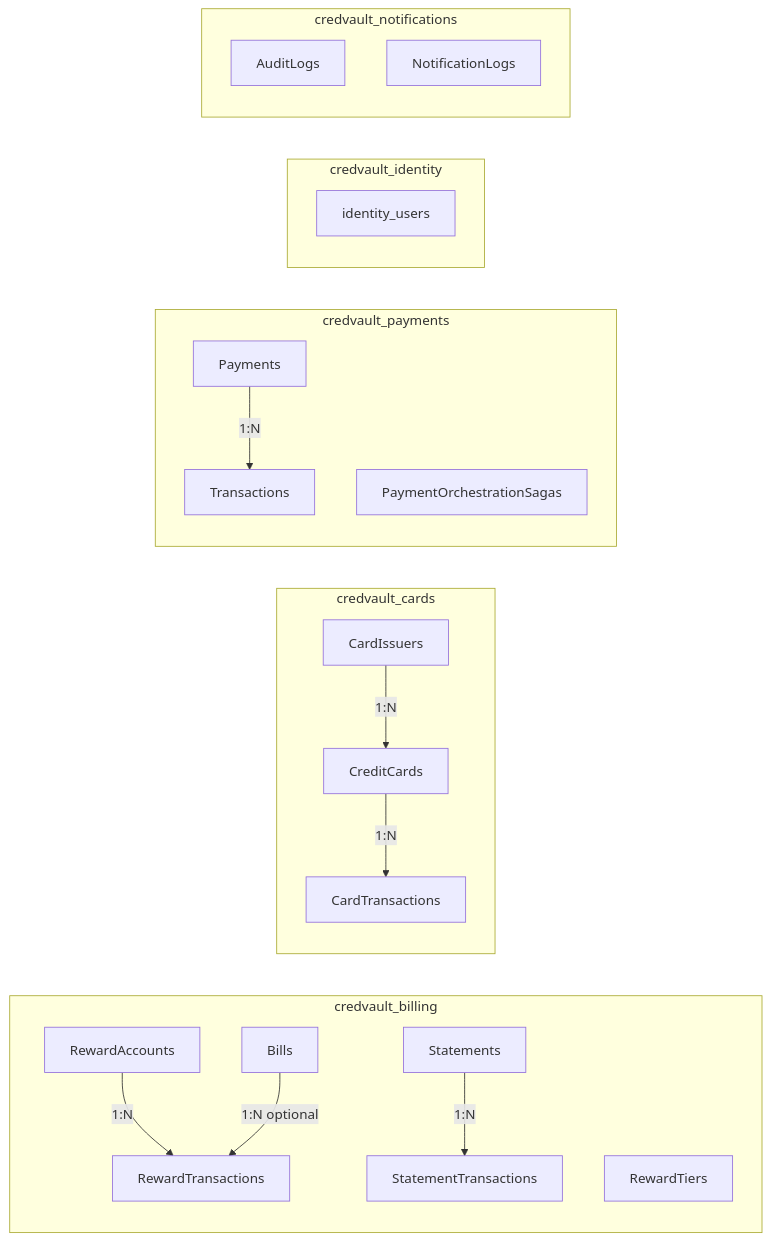
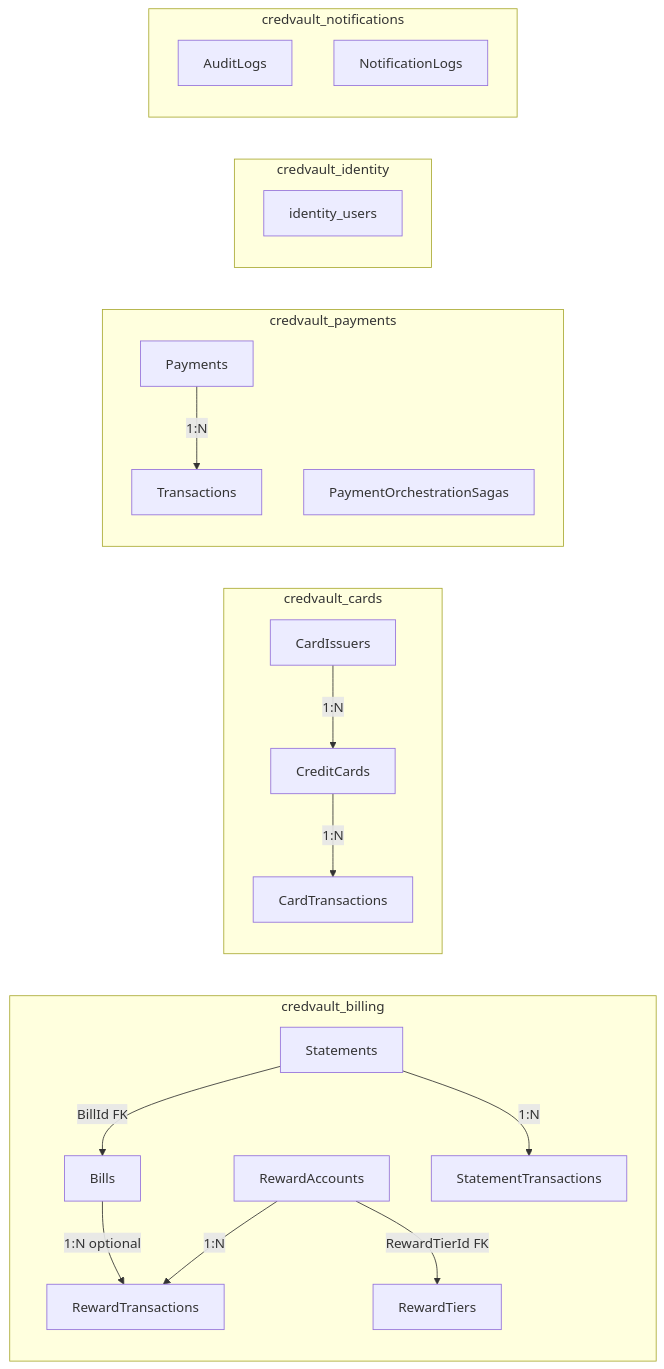
The first of 6 diagrams in src/docs/DB-FOREIGN-KEY-ARCHITECTURE.md (TirtharajBarma/cred-vault), drawn with Mermaid before and after one commit. The commit also changed other lines of this file and 26 other files, not shown here.

````diff
--- a/src/docs/DB-FOREIGN-KEY-ARCHITECTURE.md
+++ b/src/docs/DB-FOREIGN-KEY-ARCHITECTURE.md
@@ -22,41 +52,43 @@
 ```mermaid
 flowchart LR
     subgraph B[credvault_billing]
         B1[Bills]
         B2[RewardAccounts]
         B3[RewardTiers]
         B4[RewardTransactions]
         B5[Statements]
         B6[StatementTransactions]
 
         B2 -->|1:N| B4
         B1 -->|1:N optional| B4
         B5 -->|1:N| B6
+        B2 -->|RewardTierId FK| B3
+        B5 -->|BillId FK| B1
     end
 
     subgraph C[credvault_cards]
         C1[CardIssuers]
         C2[CreditCards]
         C3[CardTransactions]
 
         C1 -->|1:N| C2
         C2 -->|1:N| C3
     end
 
     subgraph P[credvault_payments]
         P1[Payments]
         P2[Transactions]
         P3[PaymentOrchestrationSagas]
 
         P1 -->|1:N| P2
     end
 
     subgraph I[credvault_identity]
         I1[identity_users]
     end
 
     subgraph N[credvault_notifications]
         N1[AuditLogs]
         N2[NotificationLogs]
     end
 ```
````
